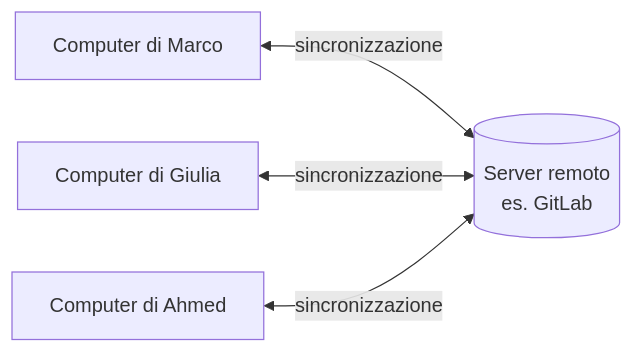
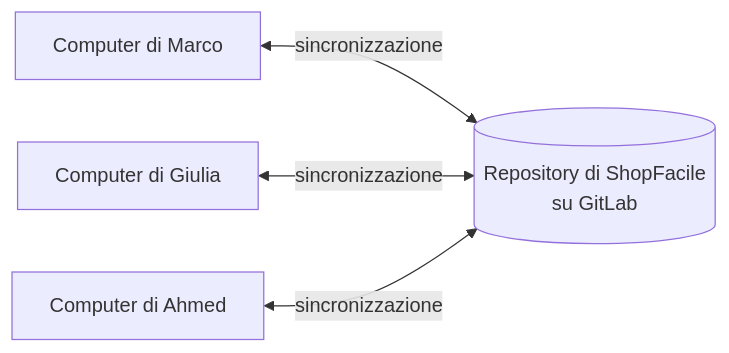
Before and after one commit to darioschioppi/corso-onboarding-devops: the first of 5 diagrams in docs/04-git-e-gitlab/README.md, drawn with Mermaid. The commit also changed other lines of this file and 15 other files, not shown here.

First line of the commit message:
Aggiunge filo narrativo ShopFacile e collegamenti tra i concetti

````diff
--- a/docs/04-git-e-gitlab/README.md
+++ b/docs/04-git-e-gitlab/README.md
@@ -64,6 +64,6 @@
 ```mermaid
 flowchart LR
-    A[Computer di Marco] <-->|sincronizzazione| S[(Server remoto<br/>es. GitLab)]
+    A[Computer di Marco] <-->|sincronizzazione| S[(Repository di ShopFacile<br/>su GitLab)]
     B[Computer di Giulia] <-->|sincronizzazione| S
     C[Computer di Ahmed] <-->|sincronizzazione| S
 ```
````
